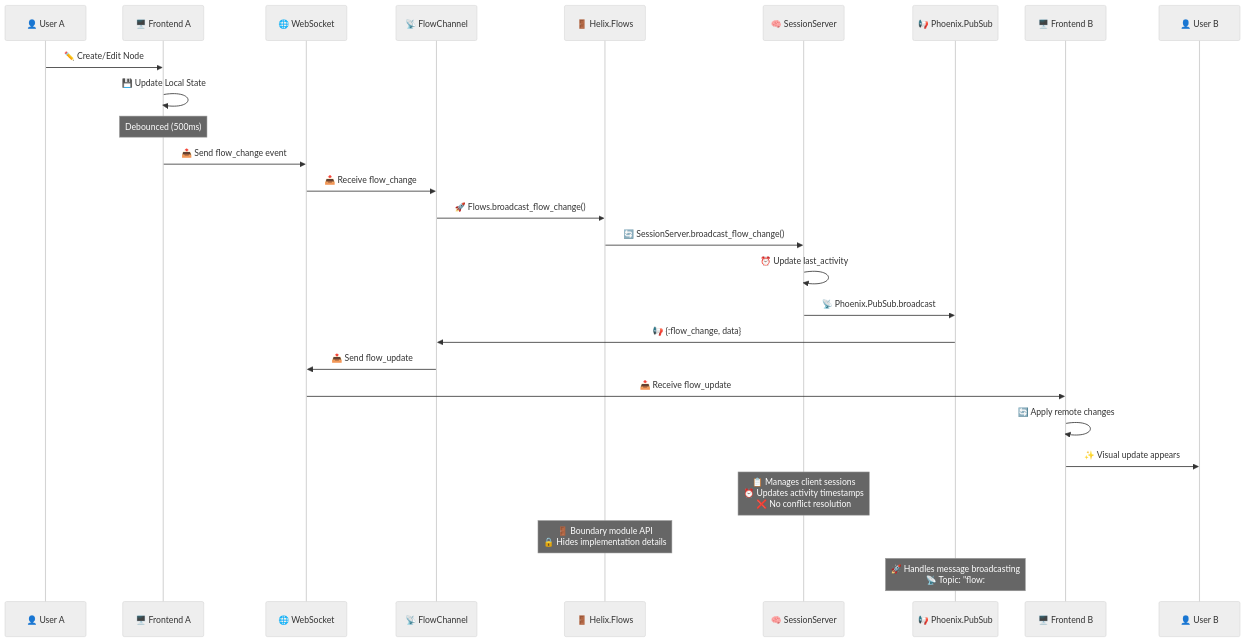
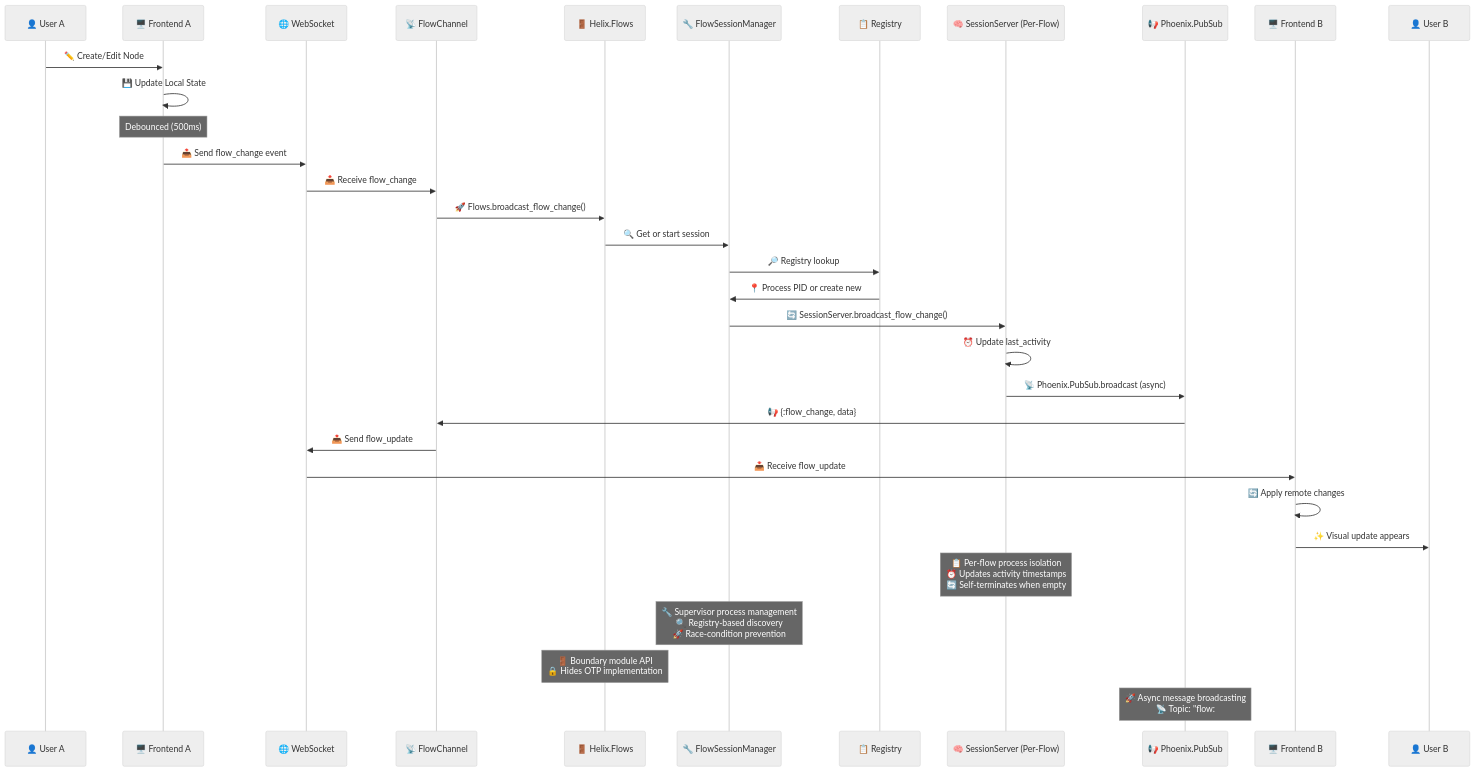
One commit to ccarvalho-eng/helix changed the second of 3 diagrams in docs/architecture.md. Above: the diagram before and after it, drawn with Mermaid. The commit also changed other lines of this file and 13 other files, not shown here.

First line of the commit message:
refactor(flows)!: Complete production-hardened OTP architecture redesign

````diff
--- a/docs/architecture.md
+++ b/docs/architecture.md
@@ -75,32 +87,38 @@
 ```mermaid
 %%{init: {'theme':'neutral'}}%%
 sequenceDiagram
     participant UA as 👤 User A
     participant FA as 🖥️ Frontend A
     participant WS as 🌐 WebSocket
     participant FC as 📡 FlowChannel
     participant FBM as 🚪 Helix.Flows
-    participant SS as 🧠 SessionServer
+    participant FSM as 🔧 FlowSessionManager
+    participant REG as 📋 Registry
+    participant SS as 🧠 SessionServer (Per-Flow)
     participant PUB as 📢 Phoenix.PubSub
     participant FB as 🖥️ Frontend B
     participant UB as 👤 User B
 
     UA->>FA: ✏️ Create/Edit Node
     FA->>FA: 💾 Update Local State
     Note over FA: Debounced (500ms)
     FA->>WS: 📤 Send flow_change event
     WS->>FC: 📥 Receive flow_change
     FC->>FBM: 🚀 Flows.broadcast_flow_change()
-    FBM->>SS: 🔄 SessionServer.broadcast_flow_change()
+    FBM->>FSM: 🔍 Get or start session
+    FSM->>REG: 🔎 Registry lookup
+    REG->>FSM: 📍 Process PID or create new
+    FSM->>SS: 🔄 SessionServer.broadcast_flow_change()
     SS->>SS: ⏰ Update last_activity
-    SS->>PUB: 📡 Phoenix.PubSub.broadcast
+    SS->>PUB: 📡 Phoenix.PubSub.broadcast (async)
     PUB->>FC: 📢 {:flow_change, data}
     FC->>WS: 📤 Send flow_update
     WS->>FB: 📥 Receive flow_update
     FB->>FB: 🔄 Apply remote changes
     FB->>UB: ✨ Visual update appears
 
-    Note over SS: 📋 Manages client sessions<br/>⏰ Updates activity timestamps<br/>❌ No conflict resolution
-    Note over FBM: 🚪 Boundary module API<br/>🔒 Hides implementation details
-    Note over PUB: 🚀 Handles message broadcasting<br/>📡 Topic: "flow:#{flow_id}"
+    Note over SS: 📋 Per-flow process isolation<br/>⏰ Updates activity timestamps<br/>🔄 Self-terminates when empty
+    Note over FSM: 🔧 Supervisor process management<br/>🔍 Registry-based discovery<br/>🚀 Race-condition prevention
+    Note over FBM: 🚪 Boundary module API<br/>🔒 Hides OTP implementation
+    Note over PUB: 🚀 Async message broadcasting<br/>📡 Topic: "flow:#{flow_id}"
 ```
````
